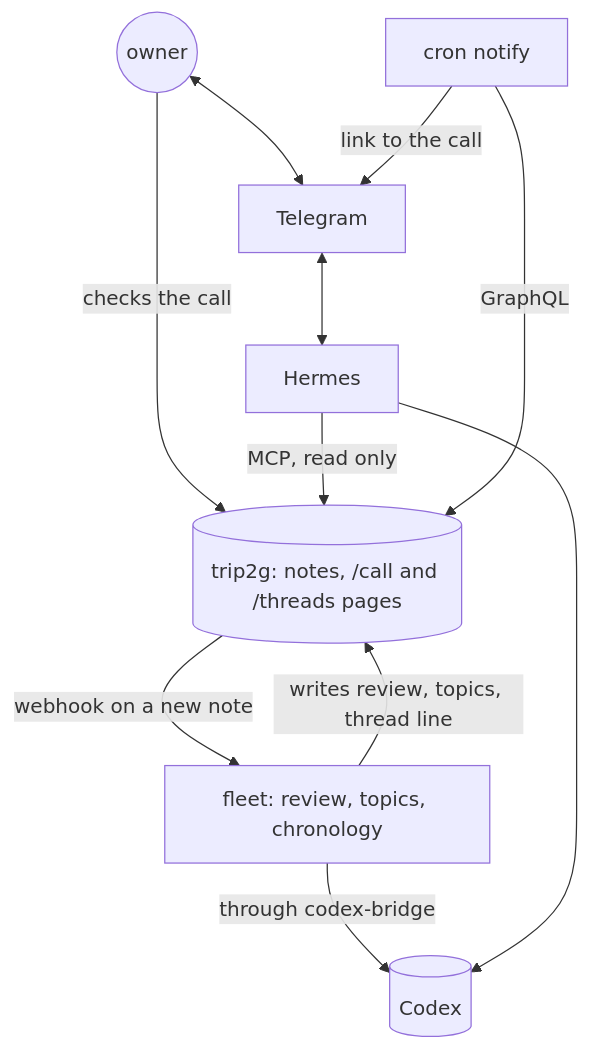
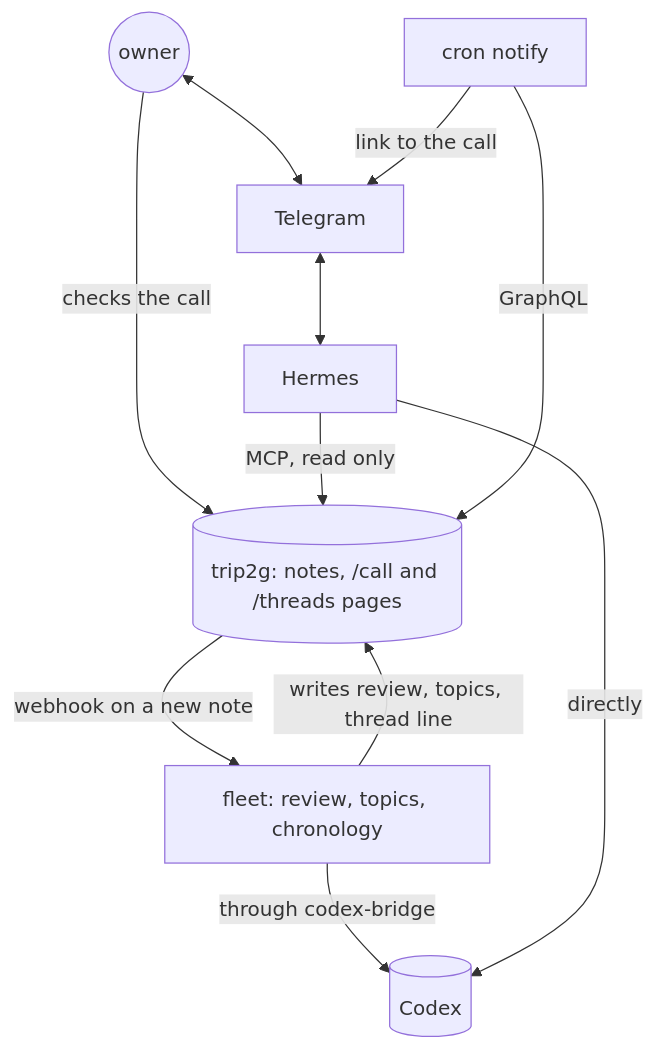
Before and after one commit to trip2g/trip2g: the diagram in docs/en/user/calls-dashboard.md, drawn with Mermaid. The commit also changed 1 other file, not shown here.

Commit message:
docs(calls): label Hermes's direct path to Codex

````diff
--- a/docs/en/user/calls-dashboard.md
+++ b/docs/en/user/calls-dashboard.md
@@ -26,20 +26,20 @@
 ```mermaid
 flowchart TD
   You((owner))
   TG[Telegram]
   HM[Hermes]
   N[cron notify]
   V[(trip2g: notes, /call and /threads pages)]
   F[fleet: review, topics, chronology]
   X[(Codex)]
   You <--> TG
   You -- checks the call --> V
   TG <--> HM
   HM -- MCP, read only --> V
   N -- GraphQL --> V
   N -- link to the call --> TG
   V -- webhook on a new note --> F
   F -- writes review, topics, thread line --> V
   F -- through codex-bridge --> X
-  HM --> X
+  HM -- directly --> X
 ```
````
